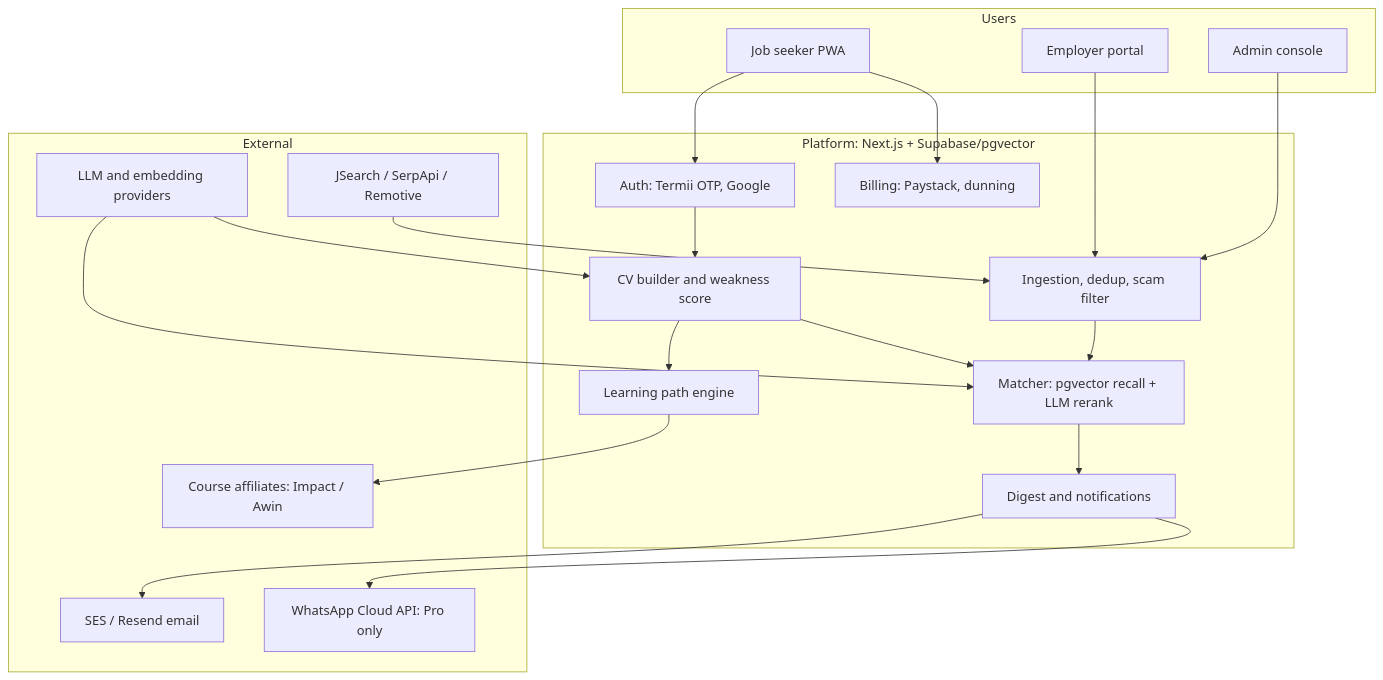
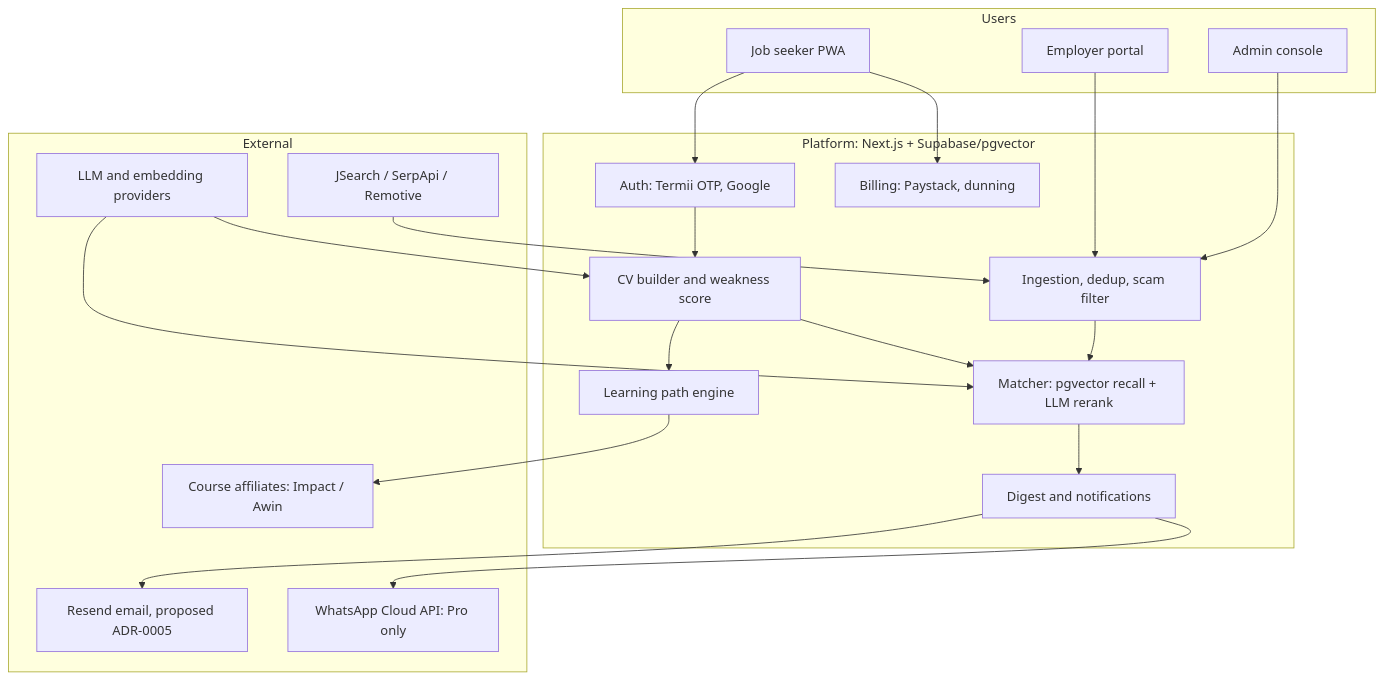
One commit to soundn/buildyourvalue changed the second of 2 diagrams in docs/BRD.md. Above: the diagram before and after it, drawn with Mermaid. The commit also changed other lines of this file and 14 other files, not shown here.

````diff
--- a/docs/BRD.md
+++ b/docs/BRD.md
@@ -199,34 +199,34 @@
 ```mermaid
 flowchart TB
     subgraph Users
         U1[Job seeker PWA]
         U2[Employer portal]
         U3[Admin console]
     end
     subgraph Core["Platform: Next.js + Supabase/pgvector"]
         P1[Auth: Termii OTP, Google]
         P2[CV builder and weakness score]
         P3[Ingestion, dedup, scam filter]
         P4[Matcher: pgvector recall + LLM rerank]
         P5[Learning path engine]
         P6[Billing: Paystack, dunning]
         P7[Digest and notifications]
     end
     subgraph External
         X1[JSearch / SerpApi / Remotive]
         X2[LLM and embedding providers]
-        X3[SES / Resend email]
+        X3[Resend email, proposed ADR-0005]
         X4[WhatsApp Cloud API: Pro only]
         X5[Course affiliates: Impact / Awin]
     end
     U1 --> P1 --> P2 --> P4 --> P7
     X1 --> P3 --> P4
     P2 --> P5 --> X5
     X2 --> P2
     X2 --> P4
     P7 --> X3
     P7 --> X4
     U1 --> P6
     U2 --> P3
     U3 --> P3
 ```
````
